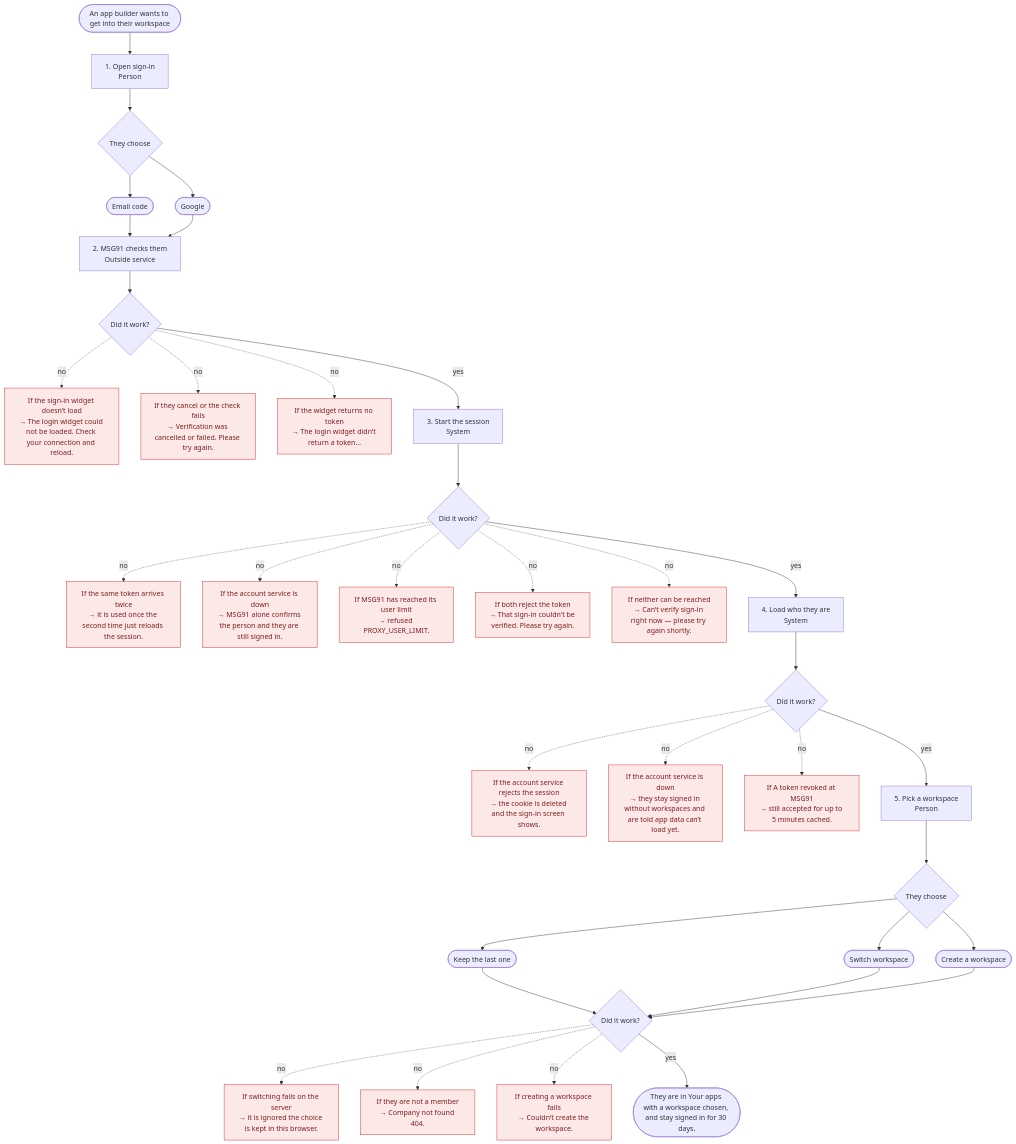
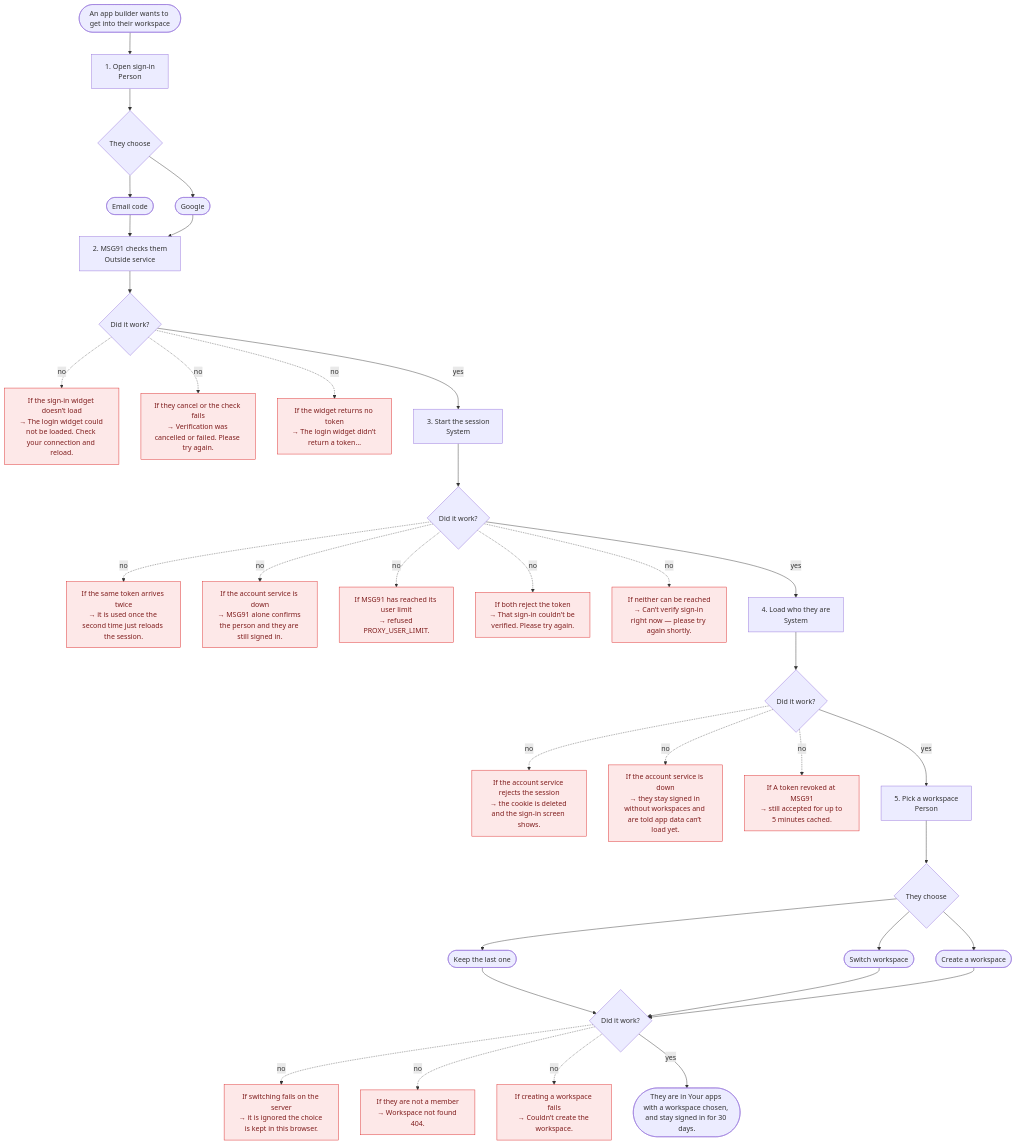
One commit to Vaibhav9197/hostnsoft changed the diagram in docs/prd/stories/sign-in.md. Above: the diagram before and after it, drawn with Mermaid. The commit also changed other lines of this file and 5 other files, not shown here.

````diff
--- a/docs/prd/stories/sign-in.md
+++ b/docs/prd/stories/sign-in.md
@@ -27,70 +27,70 @@
 ```mermaid
 flowchart TD
   start([An app builder wants to get into their workspace])
   s1["1. Open sign-in<br/>Person"]
   start --> s1
   s1c{They choose}
   s1 --> s1c
   s1c1([Email code])
   s1c --> s1c1
   s1c2([Google])
   s1c --> s1c2
   s2["2. MSG91 checks them<br/>Outside service"]
   s1c1 --> s2
   s1c2 --> s2
   s2f{Did it work?}
   s2 --> s2f
   s2f1["If the sign-in widget doesn’t load<br/>→ The login widget could not be loaded. Check your connection and reload."]:::fail
   s2f -.->|no| s2f1
   s2f2["If they cancel or the check fails<br/>→ Verification was cancelled or failed. Please try again."]:::fail
   s2f -.->|no| s2f2
   s2f3["If the widget returns no token<br/>→ The login widget didn’t return a token…"]:::fail
   s2f -.->|no| s2f3
   s3["3. Start the session<br/>System"]
   s2f -->|yes| s3
   s3f{Did it work?}
   s3 --> s3f
   s3f1["If the same token arrives twice<br/>→ it is used once the second time just reloads the session."]:::fail
   s3f -.->|no| s3f1
   s3f2["If the account service is down<br/>→ MSG91 alone confirms the person and they are still signed in."]:::fail
   s3f -.->|no| s3f2
   s3f3["If MSG91 has reached its user limit<br/>→ refused PROXY_USER_LIMIT."]:::fail
   s3f -.->|no| s3f3
   s3f4["If both reject the token<br/>→ That sign-in couldn’t be verified. Please try again."]:::fail
   s3f -.->|no| s3f4
   s3f5["If neither can be reached<br/>→ Can’t verify sign-in right now — please try again shortly."]:::fail
   s3f -.->|no| s3f5
   s4["4. Load who they are<br/>System"]
   s3f -->|yes| s4
   s4f{Did it work?}
   s4 --> s4f
   s4f1["If the account service rejects the session<br/>→ the cookie is deleted and the sign-in screen shows."]:::fail
   s4f -.->|no| s4f1
   s4f2["If the account service is down<br/>→ they stay signed in without workspaces and are told app data can’t load yet."]:::fail
   s4f -.->|no| s4f2
   s4f3["If A token revoked at MSG91<br/>→ still accepted for up to 5 minutes cached."]:::fail
   s4f -.->|no| s4f3
   s5["5. Pick a workspace<br/>Person"]
   s4f -->|yes| s5
   s5c{They choose}
   s5 --> s5c
   s5c1([Keep the last one])
   s5c --> s5c1
   s5c2([Switch workspace])
   s5c --> s5c2
   s5c3([Create a workspace])
   s5c --> s5c3
   s5f{Did it work?}
   s5c1 --> s5f
   s5c2 --> s5f
   s5c3 --> s5f
   s5f1["If switching fails on the server<br/>→ it is ignored the choice is kept in this browser."]:::fail
   s5f -.->|no| s5f1
-  s5f2["If they are not a member<br/>→ Company not found 404."]:::fail
+  s5f2["If they are not a member<br/>→ Workspace not found 404."]:::fail
   s5f -.->|no| s5f2
   s5f3["If creating a workspace fails<br/>→ Couldn’t create the workspace."]:::fail
   s5f -.->|no| s5f3
   done([They are in Your apps with a workspace chosen, and stay signed in for 30 days.])
   s5f -->|yes| done
   classDef fail fill:#fde8e8,stroke:#dc2626,color:#7f1d1d
 ```
````
